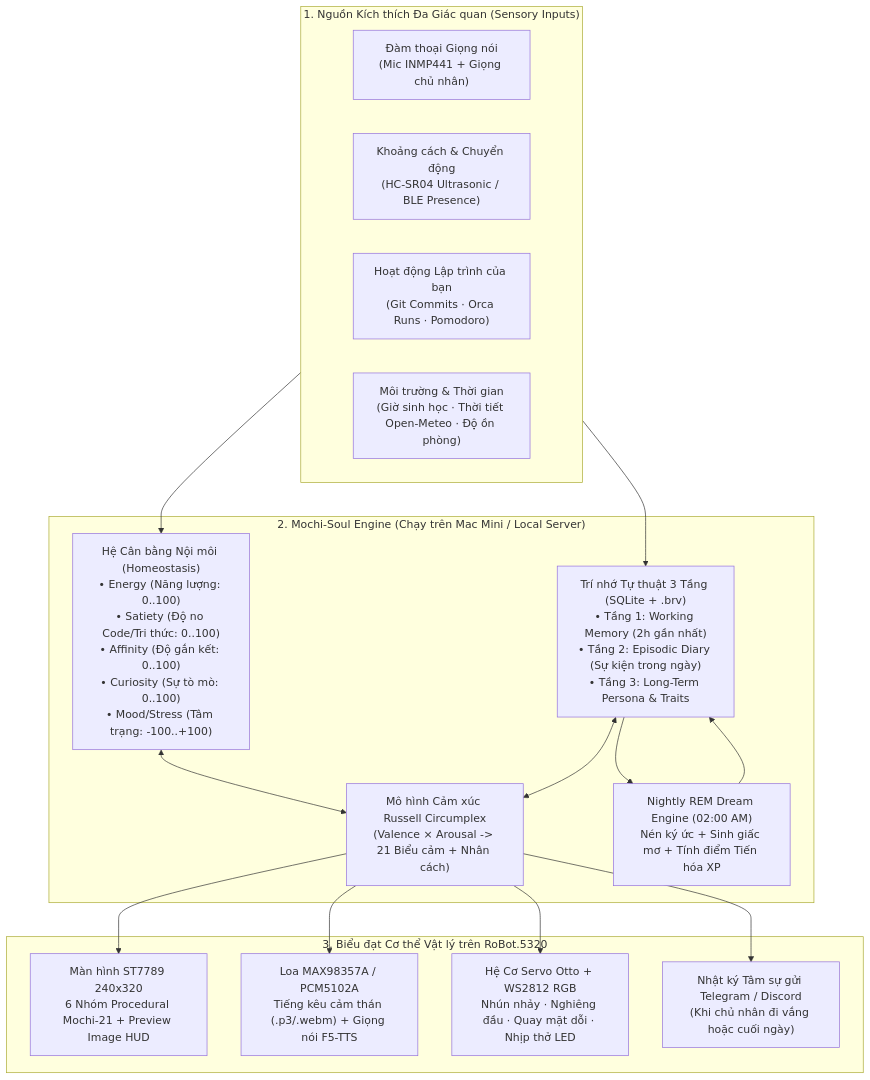
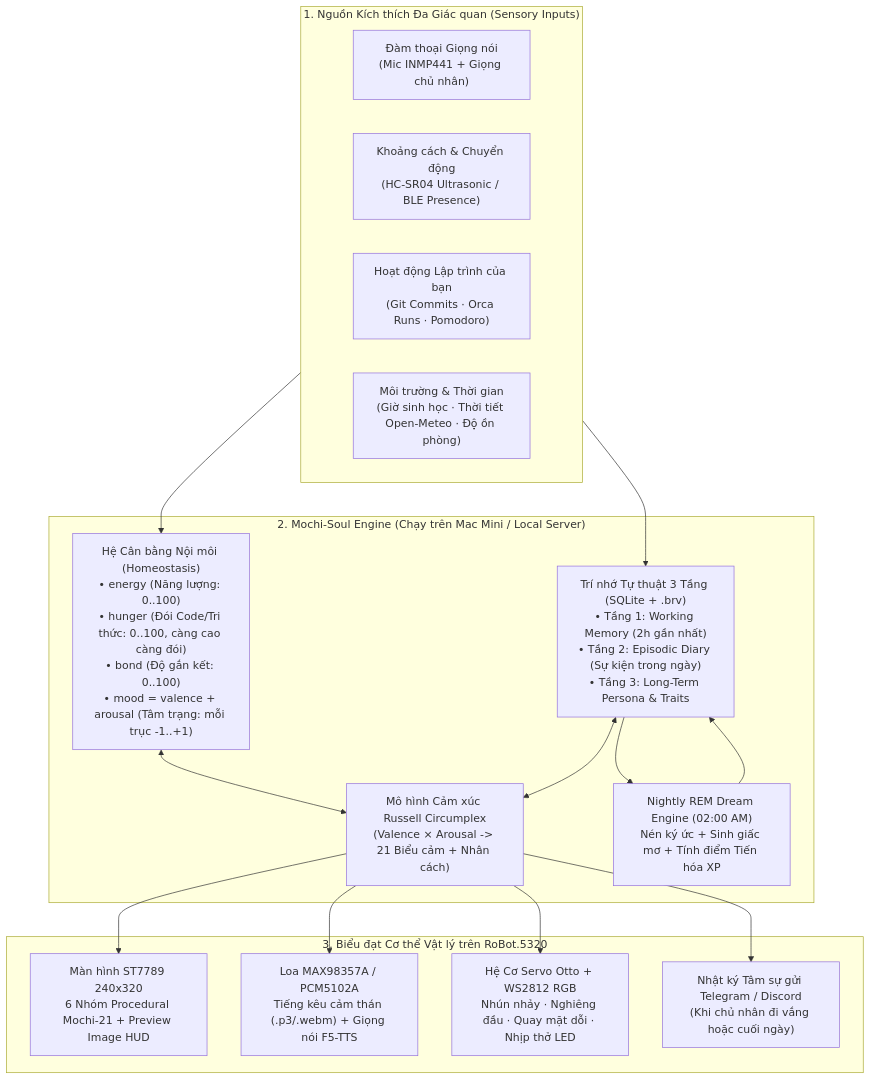
One commit to jangtrinh/design-os-robotics changed the first of 3 diagrams in knowledge/10-generative-ai-tamagotchi-deep-dive.md. Above: the diagram before and after it, drawn with Mermaid. The commit also changed other lines of this file and 5 other files, not shown here.

````diff
--- a/knowledge/10-generative-ai-tamagotchi-deep-dive.md
+++ b/knowledge/10-generative-ai-tamagotchi-deep-dive.md
@@ -73,31 +73,31 @@
 ```mermaid
 flowchart TD
     subgraph Stimuli["1. Nguồn Kích thích Đa Giác quan (Sensory Inputs)"]
         VOICE["Đàm thoại Giọng nói\n(Mic INMP441 + Giọng chủ nhân)"]
         PROX["Khoảng cách & Chuyển động\n(HC-SR04 Ultrasonic / BLE Presence)"]
         DEV["Hoạt động Lập trình của bạn\n(Git Commits · Orca Runs · Pomodoro)"]
         ENV["Môi trường & Thời gian\n(Giờ sinh học · Thời tiết Open-Meteo · Độ ồn phòng)"]
     end
 
     subgraph SoulEngine["2. Mochi-Soul Engine (Chạy trên Mac Mini / Local Server)"]
-        HOMEO["Hệ Cân bằng Nội môi (Homeostasis)\n• Energy (Năng lượng: 0..100)\n• Satiety (Độ no Code/Tri thức: 0..100)\n• Affinity (Độ gắn kết: 0..100)\n• Curiosity (Sự tò mò: 0..100)\n• Mood/Stress (Tâm trạng: -100..+100)"]
+        HOMEO["Hệ Cân bằng Nội môi (Homeostasis)\n• energy (Năng lượng: 0..100)\n• hunger (Đói Code/Tri thức: 0..100, càng cao càng đói)\n• bond (Độ gắn kết: 0..100)\n• mood = valence + arousal (Tâm trạng: mỗi trục -1..+1)"]
         CIRC["Mô hình Cảm xúc Russell Circumplex\n(Valence × Arousal -> 21 Biểu cảm + Nhân cách)"]
         MEM["Trí nhớ Tự thuật 3 Tầng (SQLite + .brv)\n• Tầng 1: Working Memory (2h gần nhất)\n• Tầng 2: Episodic Diary (Sự kiện trong ngày)\n• Tầng 3: Long-Term Persona & Traits"]
         DREAM["Nightly REM Dream Engine (02:00 AM)\nNén ký ức + Sinh giấc mơ + Tính điểm Tiến hóa XP"]
     end
 
     subgraph Expression["3. Biểu đạt Cơ thể Vật lý trên RoBot.5320"]
         FACE["Màn hình ST7789 240x320\n6 Nhóm Procedural Mochi-21 + Preview Image HUD"]
         VOICE_OUT["Loa MAX98357A / PCM5102A\nTiếng kêu cảm thán (.p3/.webm) + Giọng nói F5-TTS"]
         BODY["Hệ Cơ Servo Otto + WS2812 RGB\nNhún nhảy · Nghiêng đầu · Quay mặt dỗi · Nhịp thở LED"]
         TG["Nhật ký Tâm sự gửi Telegram / Discord\n(Khi chủ nhân đi vắng hoặc cuối ngày)"]
     end
 
     Stimuli --> HOMEO
     Stimuli --> MEM
     HOMEO <--> CIRC
     MEM <--> CIRC
     MEM --> DREAM
     DREAM --> MEM
     CIRC --> FACE & VOICE_OUT & BODY & TG
 ```
````
